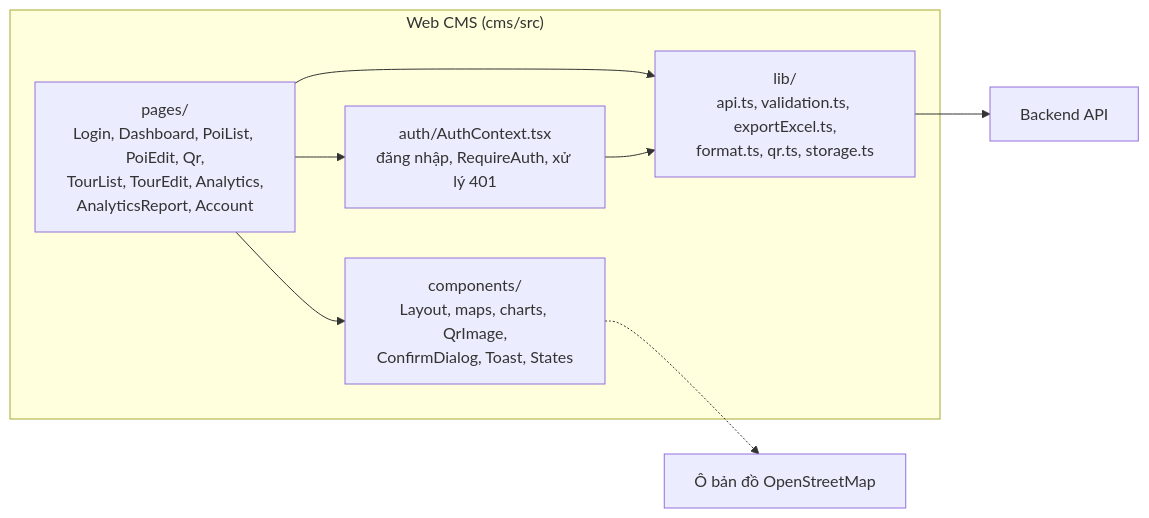
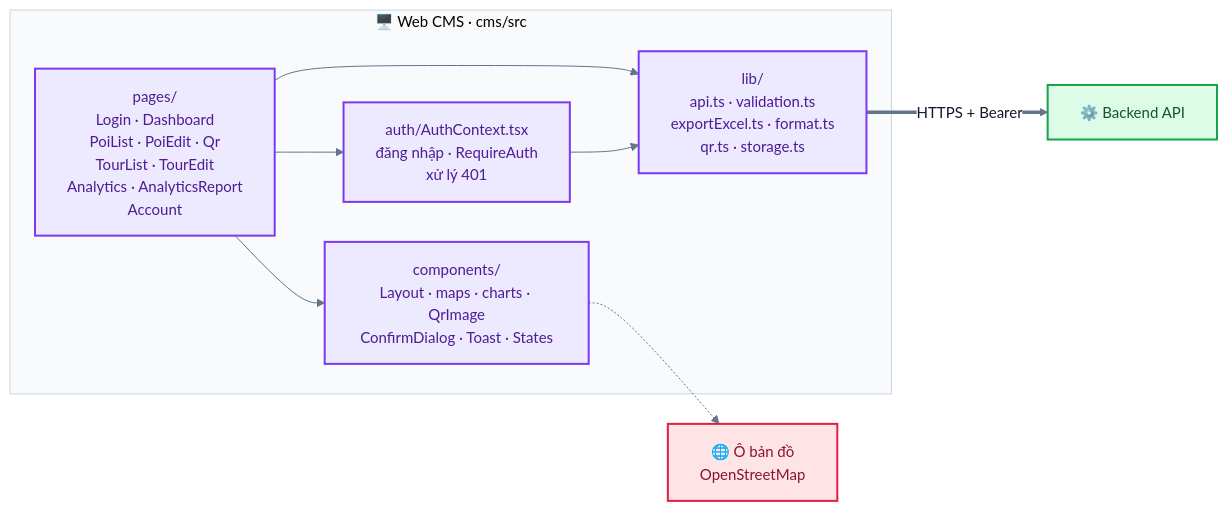
The seventh of 28 diagrams in docs/02-design.md (AiraLeFatale/CongNghePhanMem_Project), drawn with Mermaid before and after one commit. The commit also changed other lines of this file and 181 other files, not shown here.

````diff
--- a/docs/02-design.md
+++ b/docs/02-design.md
@@ -181,18 +273,23 @@
 ```mermaid
+%%{init: {"theme":"base","fontFamily":"Helvetica Neue, Arial, sans-serif","themeVariables":{"fontFamily":"Helvetica Neue, Arial, sans-serif","fontSize":"15px","primaryColor":"#EFF6FF","primaryBorderColor":"#3B82F6","primaryTextColor":"#0F172A","lineColor":"#64748B","secondaryColor":"#F0FDF4","tertiaryColor":"#FFFFFF","clusterBkg":"#F8FAFC","clusterBorder":"#CBD5E1","edgeLabelBackground":"#FFFFFF","noteBkgColor":"#FEF9C3","noteBorderColor":"#EAB308","actorBkg":"#DBEAFE","actorBorder":"#2563EB","actorTextColor":"#1E3A8A","signalColor":"#475569","signalTextColor":"#0F172A","labelBoxBkgColor":"#F1F5F9","labelBoxBorderColor":"#94A3B8","activationBkgColor":"#E0F2FE","activationBorderColor":"#0284C7","sequenceNumberColor":"#FFFFFF","pie1":"#16A34A","pie2":"#F59E0B","pie3":"#94A3B8","pie4":"#DC2626","pie5":"#2563EB","pie6":"#7C3AED","pieStrokeColor":"#FFFFFF","pieSectionTextColor":"#FFFFFF","quadrant1Fill":"#FEE2E2","quadrant2Fill":"#FEF3C7","quadrant3Fill":"#DCFCE7","quadrant4Fill":"#FEF3C7","quadrantPointFill":"#1E3A8A","quadrantPointTextFill":"#0F172A","git0":"#1E3A8A","gitBranchLabel0":"#FFFFFF","cScale0":"#DBEAFE","cScale1":"#DCFCE7","cScale2":"#EDE9FE","cScale3":"#FEF3C7","cScale4":"#FFE4E6","cScale5":"#E0F2FE","cScale6":"#F1F5F9"},"flowchart":{"curve":"basis","padding":16,"nodeSpacing":40,"rankSpacing":50},"sequence":{"showSequenceNumbers":true,"mirrorActors":false}}}%%
 flowchart LR
-    subgraph CMS["Web CMS (cms/src)"]
-        AUTH["auth/AuthContext.tsx<br/>đăng nhập, RequireAuth, xử lý 401"]
-        PAGES["pages/<br/>Login, Dashboard, PoiList, PoiEdit, Qr,<br/>TourList, TourEdit, Analytics,<br/>AnalyticsReport, Account"]
-        COMP["components/<br/>Layout, maps, charts, QrImage,<br/>ConfirmDialog, Toast, States"]
-        LIB["lib/<br/>api.ts, validation.ts, exportExcel.ts,<br/>format.ts, qr.ts, storage.ts"]
+    subgraph CMS["🖥️ Web CMS · cms/src"]
+        PAGES["pages/<br/>Login · Dashboard<br/>PoiList · PoiEdit · Qr<br/>TourList · TourEdit<br/>Analytics · AnalyticsReport<br/>Account"]:::cms
+        AUTH["auth/AuthContext.tsx<br/>đăng nhập · RequireAuth<br/>xử lý 401"]:::cms
+        COMP["components/<br/>Layout · maps · charts · QrImage<br/>ConfirmDialog · Toast · States"]:::cms
+        LIB["lib/<br/>api.ts · validation.ts<br/>exportExcel.ts · format.ts<br/>qr.ts · storage.ts"]:::cms
     end
-    API["Backend API"]
-    TILES["Ô bản đồ OpenStreetMap"]
+    API["⚙️ Backend API"]:::backend
+    TILES["🌐 Ô bản đồ<br/>OpenStreetMap"]:::ext
 
     PAGES --> AUTH
     PAGES --> COMP
     PAGES --> LIB
     AUTH --> LIB
-    LIB --> API
+    LIB == "HTTPS + Bearer" ==> API
     COMP -.-> TILES
+    style CMS fill:#F8FAFC,stroke:#CBD5E1
+    classDef cms fill:#EDE9FE,stroke:#7C3AED,stroke-width:2px,color:#4C1D95
+    classDef backend fill:#DCFCE7,stroke:#16A34A,stroke-width:2px,color:#14532D
+    classDef ext fill:#FFE4E6,stroke:#E11D48,stroke-width:2px,color:#881337
 ```
````
